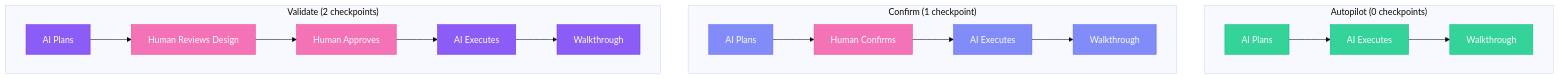
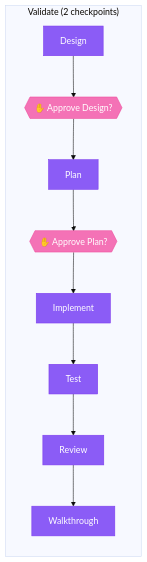
The fourth of 4 diagrams in docs.specs.md/fire-flow/overview.mdx (KiNgReX90/specsmd_turbo), drawn with Mermaid (base theme) before and after one commit. The commit also changed other lines of this file, not shown here.

Commit message:
docs: fix Adaptive Execution diagrams to reflect actual flow
- Split into 3 separate mermaid diagrams for clarity
- Show actual steps: Plan → Implement → Test → Review → Walkthrough
- Correctly show checkpoints:
  - Autopilot: 0 (burns through)
  - Confirm: 1 (approve plan before coding)
  - Validate: 2 (approve design + approve plan)
- Add descriptions under each diagram
- Update table to clarify what each checkpoint approves

````diff
--- a/docs.specs.md/fire-flow/overview.mdx
+++ b/docs.specs.md/fire-flow/overview.mdx
@@ -156,27 +185,15 @@
 ```mermaid
-graph TD
-    subgraph "Autopilot (0 checkpoints)"
-        A1[AI Plans] --> A2[AI Executes] --> A3[Walkthrough]
+graph LR
+    subgraph "Validate (2 checkpoints)"
+        V1[Design] --> V2{{"✋ Approve Design?"}} --> V3[Plan] --> V4{{"✋ Approve Plan?"}} --> V5[Implement] --> V6[Test] --> V7[Review] --> V8[Walkthrough]
     end
 
-    subgraph "Confirm (1 checkpoint)"
-        C1[AI Plans] --> C2[Human Confirms] --> C3[AI Executes] --> C4[Walkthrough]
-    end
-
-    subgraph "Validate (2 checkpoints)"
-        V1[AI Plans] --> V2[Human Reviews Design] --> V3[Human Approves] --> V4[AI Executes] --> V5[Walkthrough]
-    end
-
-    style A1 fill:#34D399,stroke:#10B981,color:#fff
-    style A2 fill:#34D399,stroke:#10B981,color:#fff
-    style A3 fill:#34D399,stroke:#10B981,color:#fff
-    style C1 fill:#818CF8,stroke:#6366F1,color:#fff
-    style C2 fill:#F472B6,stroke:#EC4899,color:#fff
-    style C3 fill:#818CF8,stroke:#6366F1,color:#fff
-    style C4 fill:#818CF8,stroke:#6366F1,color:#fff
     style V1 fill:#8B5CF6,stroke:#7C3AED,color:#fff
     style V2 fill:#F472B6,stroke:#EC4899,color:#fff
-    style V3 fill:#F472B6,stroke:#EC4899,color:#fff
-    style V4 fill:#8B5CF6,stroke:#7C3AED,color:#fff
+    style V3 fill:#8B5CF6,stroke:#7C3AED,color:#fff
+    style V4 fill:#F472B6,stroke:#EC4899,color:#fff
     style V5 fill:#8B5CF6,stroke:#7C3AED,color:#fff
+    style V6 fill:#8B5CF6,stroke:#7C3AED,color:#fff
+    style V7 fill:#8B5CF6,stroke:#7C3AED,color:#fff
+    style V8 fill:#8B5CF6,stroke:#7C3AED,color:#fff
 ```
````
